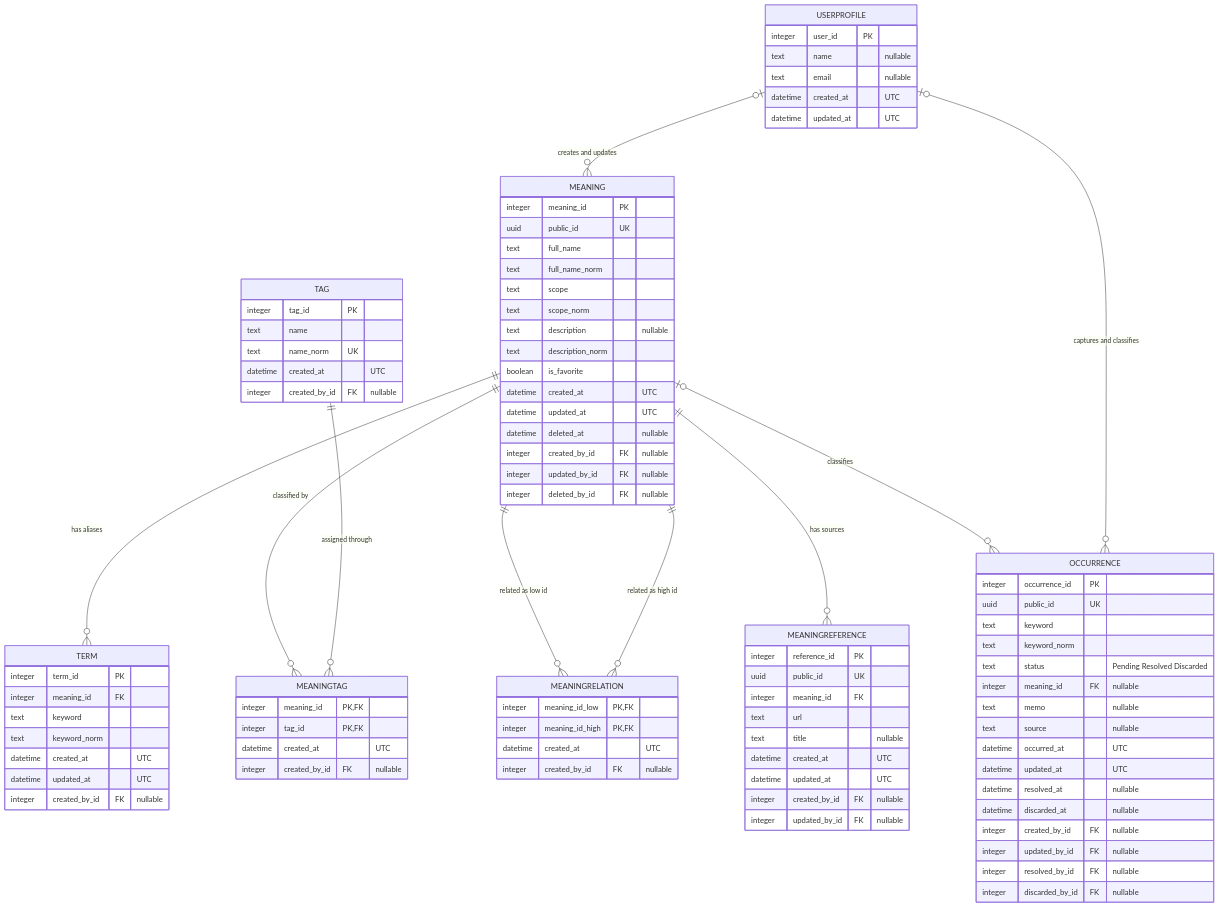
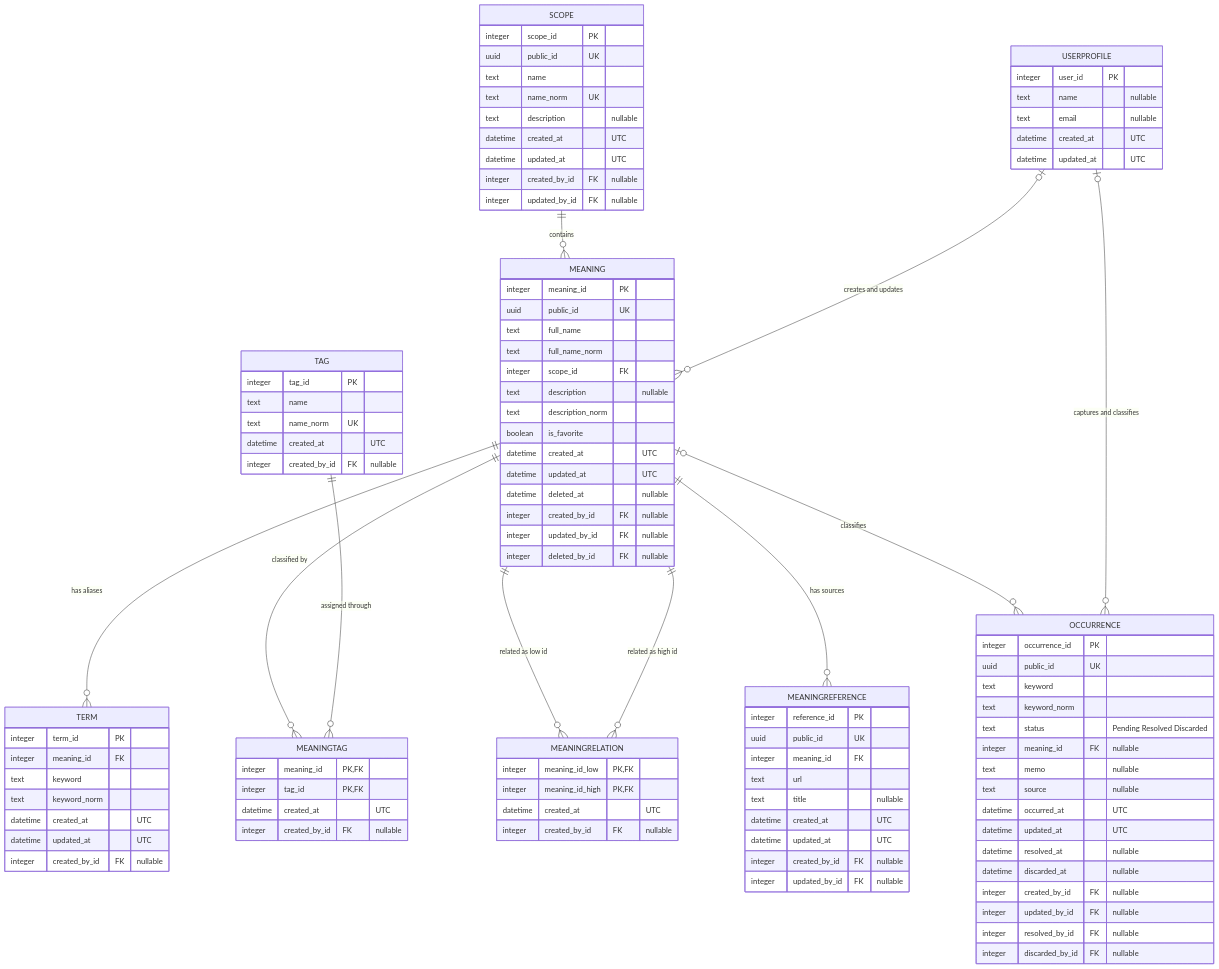
One commit to niikei/TermKeeper changed the first of 2 diagrams in docs/003_domain_model.md. Above: the diagram before and after it, drawn with Mermaid. The commit also changed other lines of this file and 53 other files, not shown here.

First line of the commit message:
feat: introduce meaning scope management

```diff
--- a/docs/003_domain_model.md
+++ b/docs/003_domain_model.md
@@ -17,6 +17,7 @@
 erDiagram
 
     MEANING ||--o{ TERM : "has aliases"
+    SCOPE ||--o{ MEANING : "contains"
     MEANING ||--o{ MEANINGTAG : "classified by"
     MEANING ||--o{ MEANINGRELATION : "related as low id"
     MEANING ||--o{ MEANINGRELATION : "related as high id"
@@ -34,13 +35,24 @@
         datetime updated_at "UTC"
     }
 
+    SCOPE {
+        integer scope_id PK
+        uuid public_id UK
+        text name
+        text name_norm UK
+        text description "nullable"
+        datetime created_at "UTC"
+        datetime updated_at "UTC"
+        integer created_by_id FK "nullable"
+        integer updated_by_id FK "nullable"
+    }
+
     MEANING {
         integer meaning_id PK
         uuid public_id UK
         text full_name
         text full_name_norm
-        text scope
-        text scope_norm
+        integer scope_id FK
         text description "nullable"
         text description_norm
         boolean is_favorite
```
